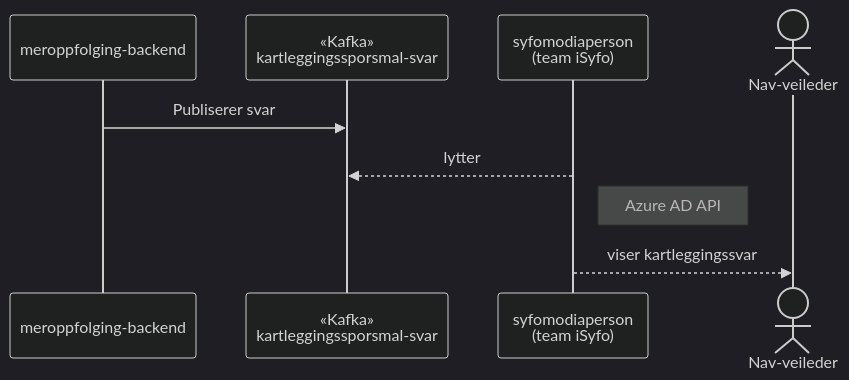
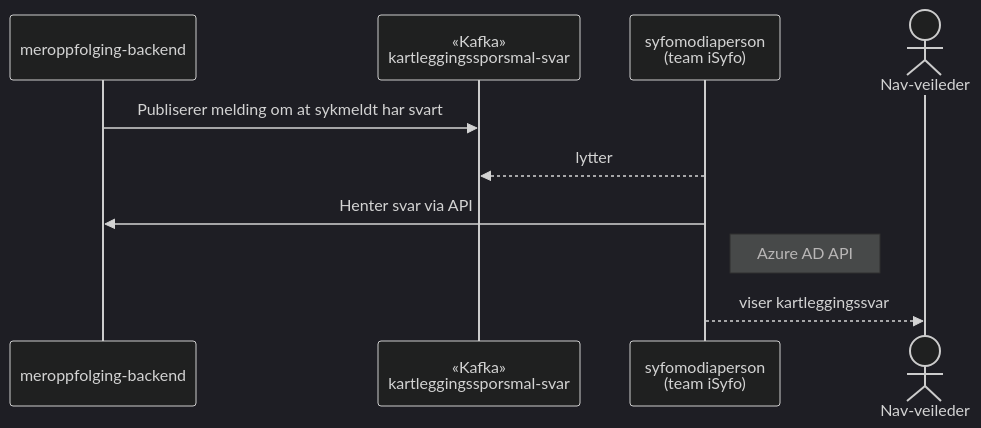
One commit to navikt/team-esyfo changed the fourth of 4 diagrams in docs/omrader/kartleggingssporsmal/teknisk.md. Above: the diagram before and after it, drawn with Mermaid (dark theme). The commit also changed other lines of this file and 1 other file, not shown here.

````diff
--- a/docs/omrader/kartleggingssporsmal/teknisk.md
+++ b/docs/omrader/kartleggingssporsmal/teknisk.md
@@ -43,12 +57,13 @@
 ```mermaid
 sequenceDiagram
     participant backend as meroppfolging-backend
     participant svartopic as «Kafka»<br/>kartleggingssporsmal-svar
     participant modia as syfomodiaperson<br/>(team iSyfo)
     actor veileder as Nav-veileder
 
-    backend->>svartopic: Publiserer svar
+    backend->>svartopic: Publiserer melding om at sykmeldt har svart
     modia-->>svartopic: lytter
+    modia->>backend: Henter svar via API
     Note right of modia: Azure AD API
     modia-->>veileder: viser kartleggingssvar
 ```
````
